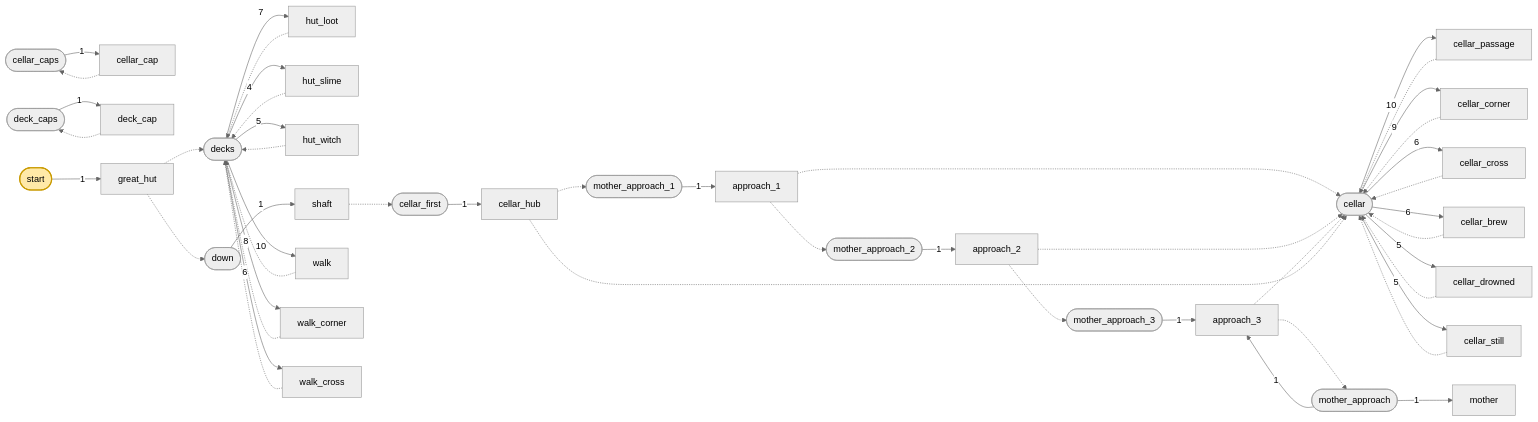
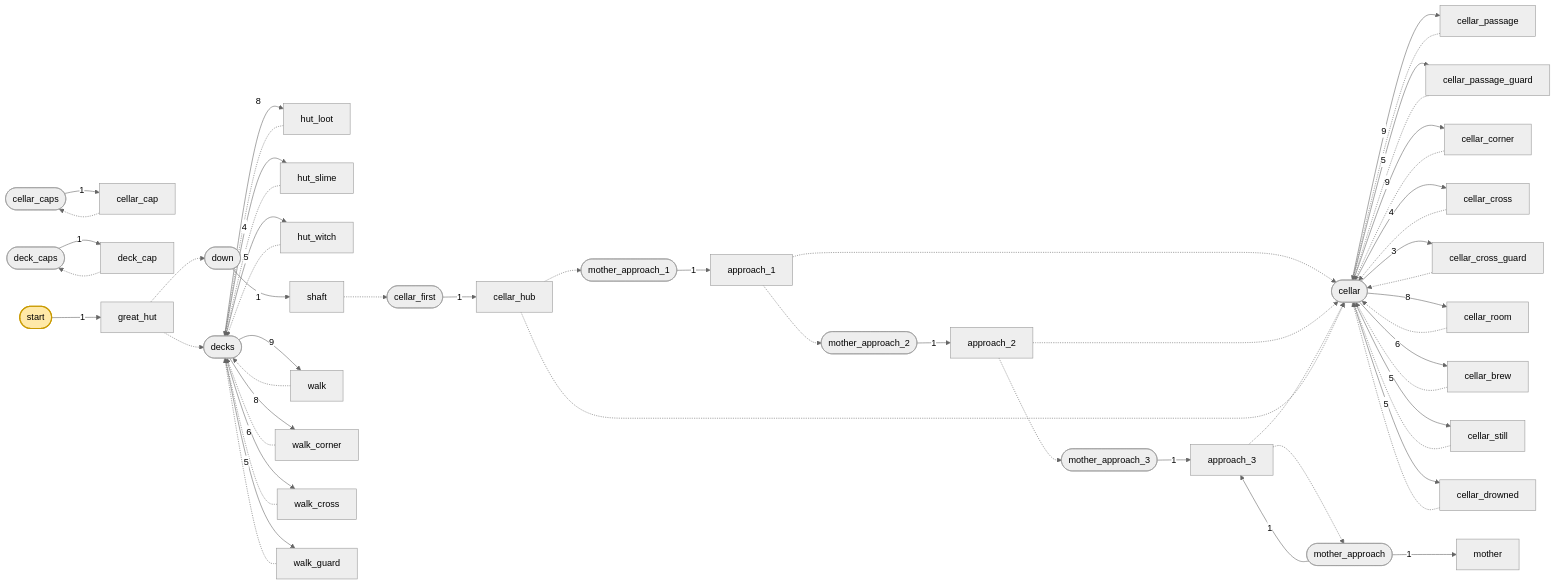
The diagram in docs/levels/swamp.md (syang0531/sydungeon), drawn with Mermaid (neutral theme) before and after one commit. The commit also changed other lines of this file and 41 other files, not shown here.

````diff
--- a/docs/levels/swamp.md
+++ b/docs/levels/swamp.md
@@ -79,9 +88,12 @@
   E_cellar_cap["cellar_cap"]
   E_cellar_corner["cellar_corner"]
   E_cellar_cross["cellar_cross"]
+  E_cellar_cross_guard["cellar_cross_guard"]
   E_cellar_drowned["cellar_drowned"]
   E_cellar_hub["cellar_hub"]
   E_cellar_passage["cellar_passage"]
+  E_cellar_passage_guard["cellar_passage_guard"]
+  E_cellar_room["cellar_room"]
   E_cellar_still["cellar_still"]
   E_deck_cap["deck_cap"]
   E_great_hut["great_hut"]
@@ -93,19 +105,24 @@
   E_walk["walk"]
   E_walk_corner["walk_corner"]
   E_walk_cross["walk_cross"]
-  P_cellar -- 10 --> E_cellar_passage
+  E_walk_guard["walk_guard"]
+  P_cellar -- 9 --> E_cellar_passage
+  P_cellar -- 5 --> E_cellar_passage_guard
   P_cellar -- 9 --> E_cellar_corner
-  P_cellar -- 6 --> E_cellar_cross
+  P_cellar -- 4 --> E_cellar_cross
+  P_cellar -- 3 --> E_cellar_cross_guard
+  P_cellar -- 8 --> E_cellar_room
   P_cellar -- 6 --> E_cellar_brew
+  P_cellar -- 5 --> E_cellar_still
   P_cellar -- 5 --> E_cellar_drowned
-  P_cellar -- 5 --> E_cellar_still
   P_cellar_caps -- 1 --> E_cellar_cap
   P_cellar_first -- 1 --> E_cellar_hub
   P_deck_caps -- 1 --> E_deck_cap
-  P_decks -- 10 --> E_walk
+  P_decks -- 9 --> E_walk
+  P_decks -- 5 --> E_walk_guard
   P_decks -- 8 --> E_walk_corner
   P_decks -- 6 --> E_walk_cross
-  P_decks -- 7 --> E_hut_loot
+  P_decks -- 8 --> E_hut_loot
   P_decks -- 5 --> E_hut_witch
   P_decks -- 4 --> E_hut_slime
   P_down -- 1 --> E_shaft
@@ -125,10 +142,13 @@
   E_cellar_cap -.-> P_cellar_caps
   E_cellar_corner -.-> P_cellar
   E_cellar_cross -.-> P_cellar
+  E_cellar_cross_guard -.-> P_cellar
   E_cellar_drowned -.-> P_cellar
   E_cellar_hub -.-> P_cellar
   E_cellar_hub -.-> P_mother_approach_1
   E_cellar_passage -.-> P_cellar
+  E_cellar_passage_guard -.-> P_cellar
+  E_cellar_room -.-> P_cellar
   E_cellar_still -.-> P_cellar
   E_deck_cap -.-> P_deck_caps
   E_great_hut -.-> P_decks
@@ -140,6 +160,7 @@
   E_walk -.-> P_decks
   E_walk_corner -.-> P_decks
   E_walk_cross -.-> P_decks
+  E_walk_guard -.-> P_decks
   P_start:::start
   classDef start fill:#ffe9a8,stroke:#c99a00,stroke-width:2px
 ```
````
